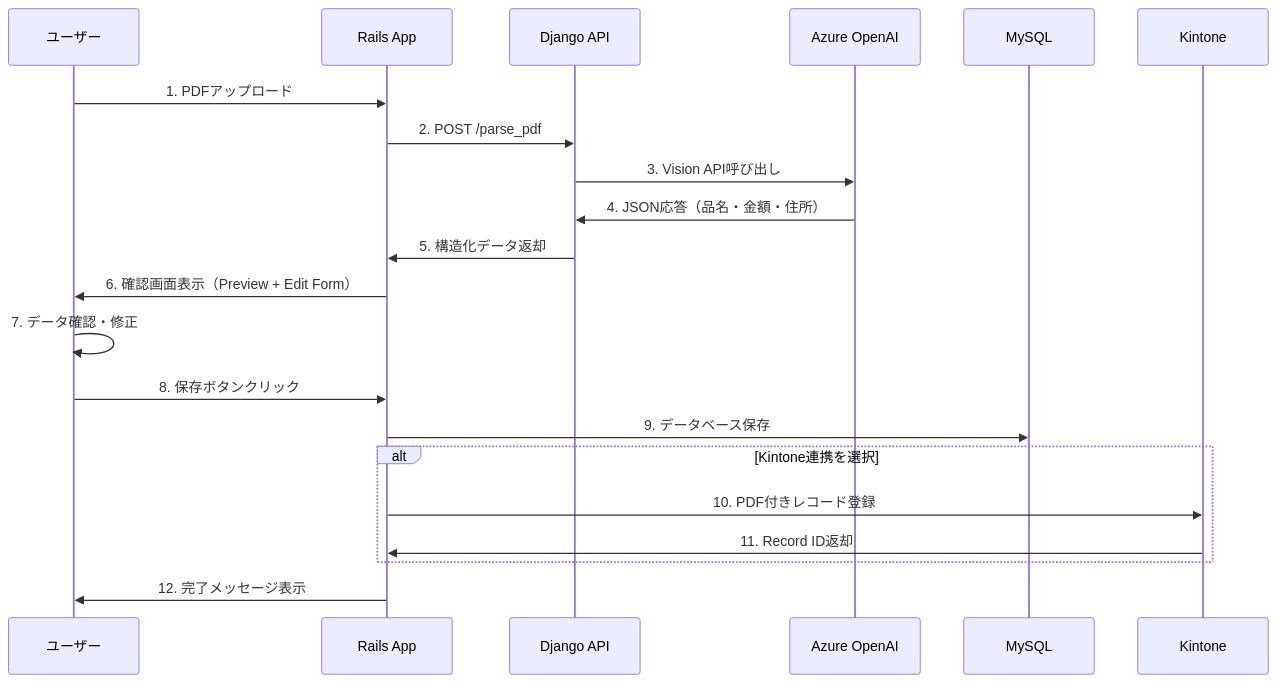
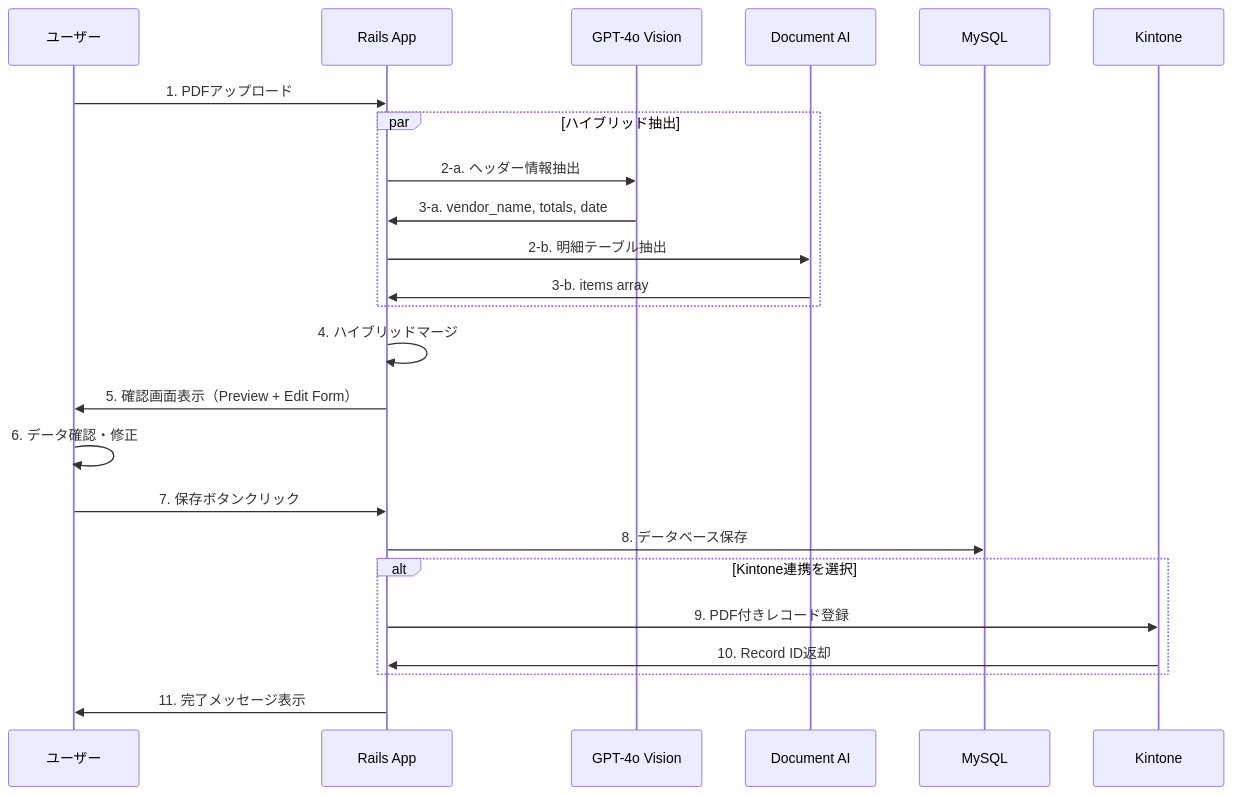
Before and after one commit to ict-ryuma/document_ocr: the second of 2 diagrams in README.md, drawn with Mermaid. The commit also changed other lines of this file and 8 other files, not shown here.

````diff
--- a/README.md
+++ b/README.md
@@ -270,24 +391,34 @@
 ```mermaid
 sequenceDiagram
     participant U as ユーザー
     participant R as Rails App
-    participant D as Django API
-    participant A as Azure OpenAI
+    participant V as GPT-4o Vision
+    participant D as Document AI
     participant DB as MySQL
     participant K as Kintone
 
     U->>R: 1. PDFアップロード
-    R->>D: 2. POST /parse_pdf
-    D->>A: 3. Vision API呼び出し
-    A->>D: 4. JSON応答（品名・金額・住所）
-    D->>R: 5. 構造化データ返却
-    R->>U: 6. 確認画面表示（Preview + Edit Form）
-    U->>U: 7. データ確認・修正
-    U->>R: 8. 保存ボタンクリック
-    R->>DB: 9. データベース保存
+
+    par ハイブリッド抽出
+        R->>V: 2-a. ヘッダー情報抽出
+        V->>R: 3-a. vendor_name, totals, date
+
+        R->>D: 2-b. 明細テーブル抽出
+        D->>R: 3-b. items array
+    end
+
+    R->>R: 4. ハイブリッドマージ
+    R->>U: 5. 確認画面表示（Preview + Edit Form）
+
+    U->>U: 6. データ確認・修正
+    U->>R: 7. 保存ボタンクリック
+
+    R->>DB: 8. データベース保存
+
     alt Kintone連携を選択
-        R->>K: 10. PDF付きレコード登録
-        K->>R: 11. Record ID返却
+        R->>K: 9. PDF付きレコード登録
+        K->>R: 10. Record ID返却
     end
-    R->>U: 12. 完了メッセージ表示
+
+    R->>U: 11. 完了メッセージ表示
 ```
````
